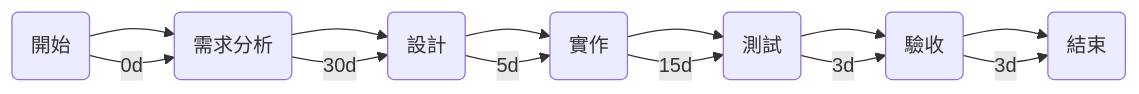
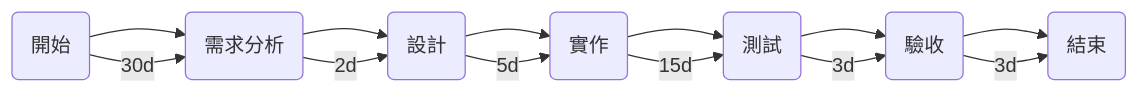
The third of 3 diagrams in README.md (gino2066/-), drawn with Mermaid before and after one commit.

````diff
--- a/README.md
+++ b/README.md
@@ -35,17 +35,17 @@
 ```mermaid
 graph LR
     A(開始) --> B(需求分析)
     B --> C(設計)
     C --> D(實作)
     D --> E(測試)
     E --> F(驗收)
     F --> G(結束)
 
     %% 設定每個任務的持續時間
-    A -->|0d| B
-    B -->|30d| C
+    A -->|30d| B
+    B -->|2d| C
     C -->|5d| D
     D -->|15d| E
     E -->|3d| F
     F -->|3d| G
 ```
````
